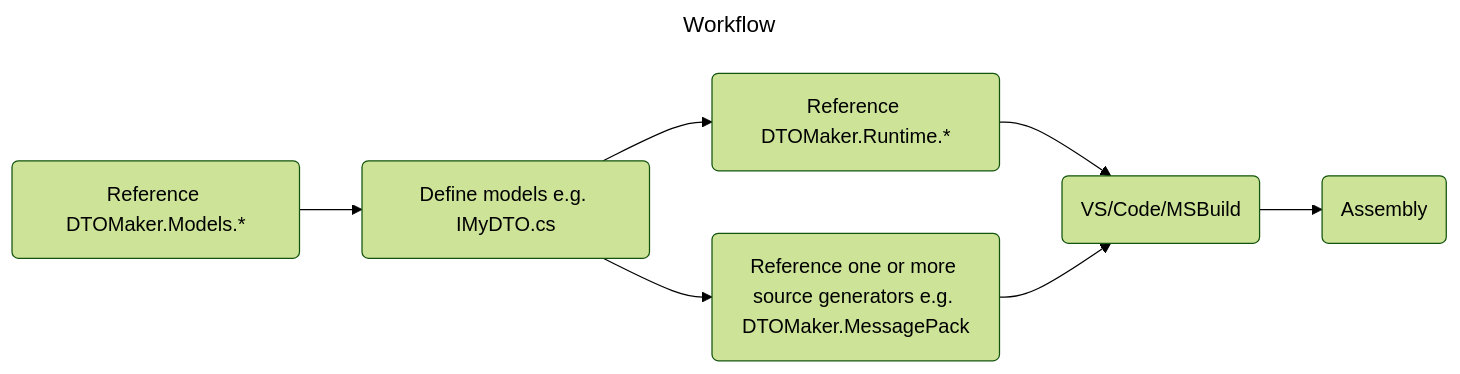
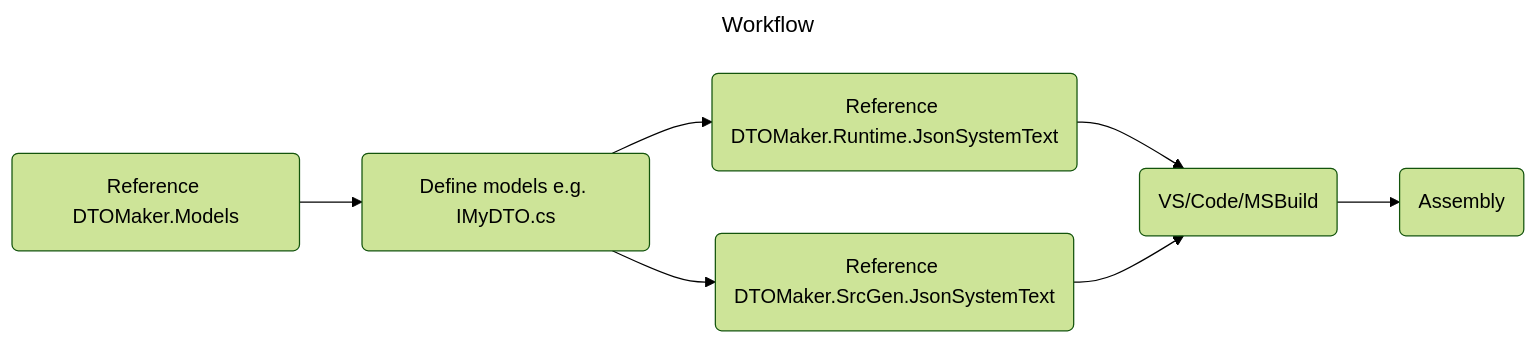
The diagram in README.md (datafac/dtomaker-json2), drawn with Mermaid (forest theme) before and after one commit. The commit also changed other lines of this file, not shown here.

````diff
--- a/README.md
+++ b/README.md
@@ -19,18 +15,18 @@
 ```mermaid
 ---
 title: Workflow
 ---
 flowchart LR
     def(Define models e.g. IMyDTO.cs)
-    ref1(Reference DTOMaker.Models.*)
-    ref2(Reference DTOMaker.Runtime.*)
-    ref3(Reference one or more source generators e.g. DTOMaker.MessagePack)
+    ref1(Reference DTOMaker.Models)
+    ref2(Reference DTOMaker.Runtime.JsonSystemText)
+    ref3(Reference DTOMaker.SrcGen.JsonSystemText)
     bld(VS/Code/MSBuild)
     pkg(Assembly)
     ref1-->def
     def-->ref2
     def-->ref3
     ref2-->bld
     ref3-->bld
     bld-->pkg
 ```
````
